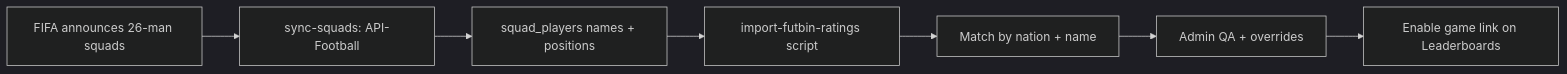
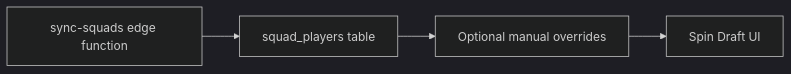
One commit to NFernie/World-Cup-2026---Cooper changed the diagram in docs/WORLD-CUP-XI-GAME-PLAN.md. Above: the diagram before and after it, drawn with Mermaid (dark theme). The commit also changed other lines of this file and 1 other file, not shown here.

Commit message:
docs: recommend API-Football over FUTBIN for Spin Draft ratings

````diff
--- a/docs/WORLD-CUP-XI-GAME-PLAN.md
+++ b/docs/WORLD-CUP-XI-GAME-PLAN.md
@@ -182,9 +135,6 @@
 ```mermaid
 flowchart LR
-  A[FIFA announces 26-man squads] --> B[sync-squads: API-Football]
-  B --> C[squad_players names + positions]
-  C --> D[import-futbin-ratings script]
-  D --> E[Match by nation + name]
-  E --> F[Admin QA + overrides]
-  F --> G[Enable game link on Leaderboards]
+  A[sync-squads edge function] --> B[squad_players table]
+  B --> C[Optional manual overrides]
+  C --> D[Spin Draft UI]
 ```
````
